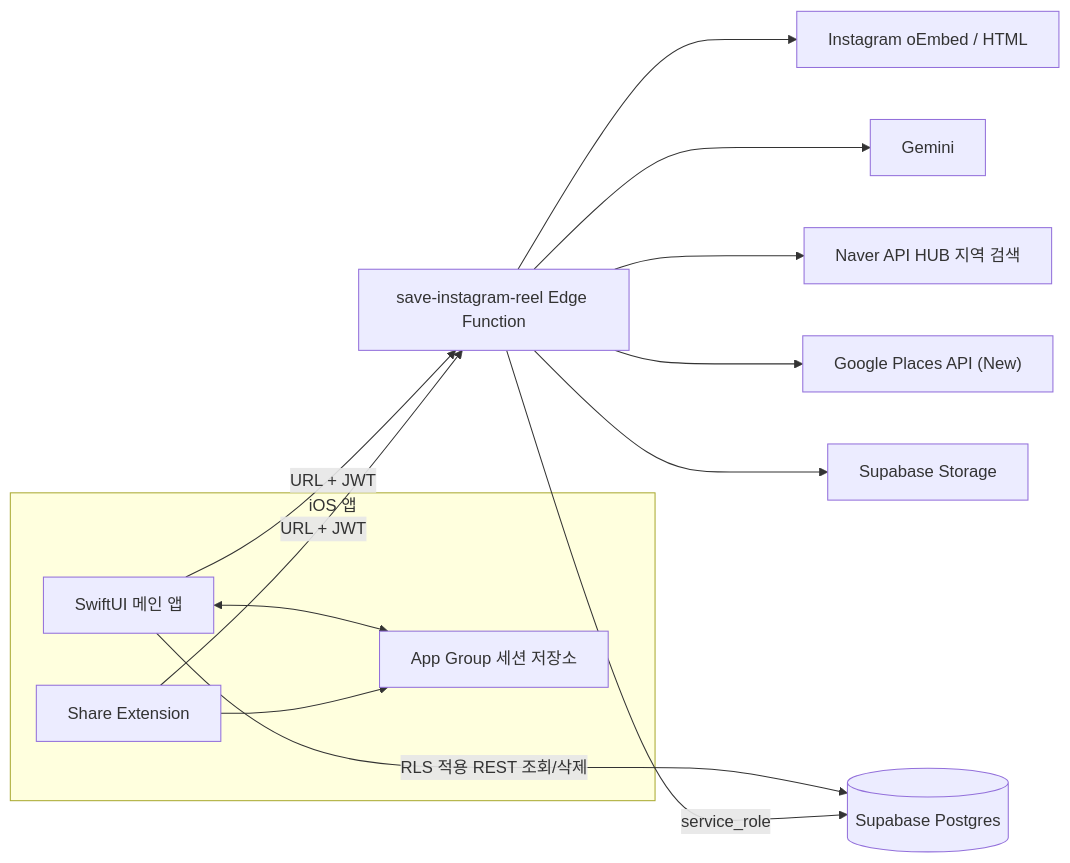
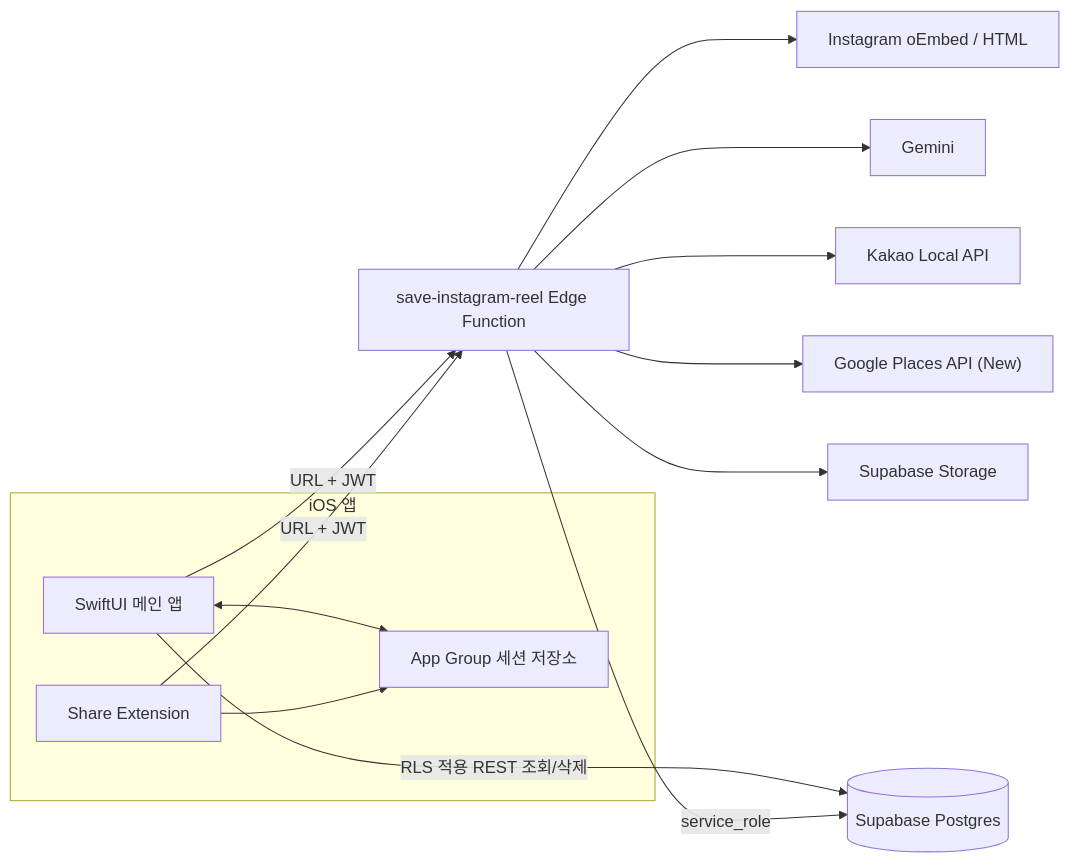
One commit to Jiihyun/yeogidam changed the first of 2 diagrams in docs/architecture.md. Above: the diagram before and after it, drawn with Mermaid. The commit also changed other lines of this file and 23 other files, not shown here.

````diff
--- a/docs/architecture.md
+++ b/docs/architecture.md
@@ -20,21 +20,21 @@
 ```mermaid
 flowchart LR
     subgraph IOS["iOS 앱"]
         APP["SwiftUI 메인 앱"]
         SHARE["Share Extension"]
         GROUP["App Group 세션 저장소"]
         APP <--> GROUP
         SHARE --> GROUP
     end
 
     APP -->|"URL + JWT"| FN["save-instagram-reel Edge Function"]
     SHARE -->|"URL + JWT"| FN
     APP -->|"RLS 적용 REST 조회/삭제"| DB[("Supabase Postgres")]
 
     FN --> IG["Instagram oEmbed / HTML"]
     FN --> GEMINI["Gemini"]
-    FN --> NAVER["Naver API HUB 지역 검색"]
+    FN --> KAKAO["Kakao Local API"]
     FN --> GOOGLE["Google Places API (New)"]
     FN --> STORAGE["Supabase Storage"]
     FN -->|"service_role"| DB
 ```
````
